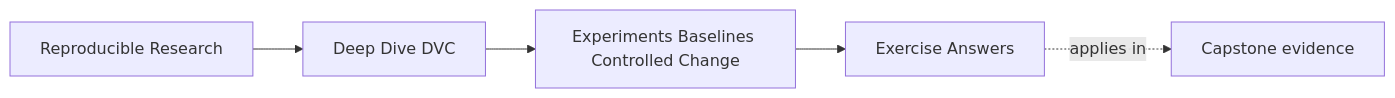
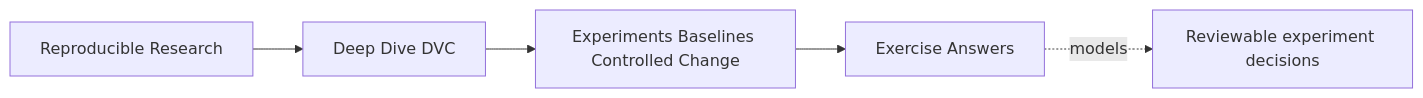
Before and after one commit to bijux/bijux-masterclass: the first of 2 diagrams in programs/reproducible-research/deep-dive-dvc/course-book/module-06-experiments-baselines-controlled-change/exercise-answers.md, drawn with Mermaid. The commit also changed other lines of this file, not shown here.

Commit message:
docs(dvc): teach uncertainty-aware experiment decisions

````diff
--- a/programs/reproducible-research/deep-dive-dvc/course-book/module-06-experiments-baselines-controlled-change/exercise-answers.md
+++ b/programs/reproducible-research/deep-dive-dvc/course-book/module-06-experiments-baselines-controlled-change/exercise-answers.md
@@ -7,11 +6,11 @@
 ```mermaid
 graph LR
   family["Reproducible Research"]
   program["Deep Dive DVC"]
   section["Experiments Baselines Controlled Change"]
   page["Exercise Answers"]
-  capstone["Capstone evidence"]
+  packet["Reviewable experiment decisions"]
 
   family --> program --> section --> page
-  page -.applies in.-> capstone
+  page -.models.-> packet
 ```
````
